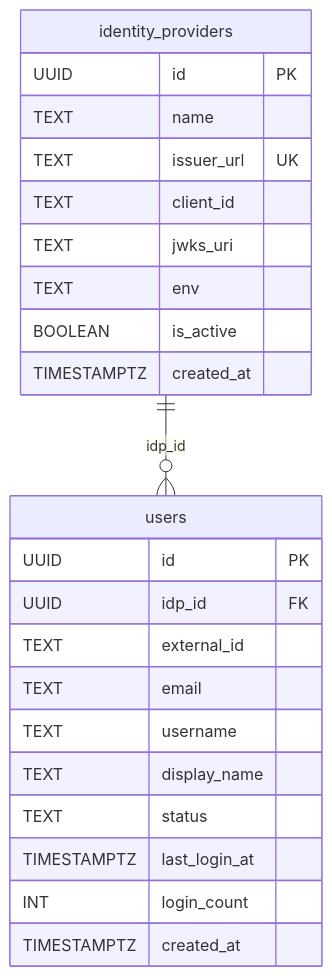
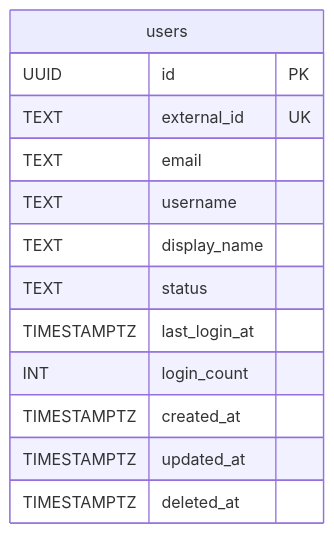
One commit to aripermana-putra/ucp-docs-collection changed the first of 4 diagrams in docs/projects/universal-control-plane-ucp/task-breakdowns/MCUCP-129-sso-authentication.md. Above: the diagram before and after it, drawn with Mermaid. The commit also changed other lines of this file, not shown here.

````diff
--- a/docs/projects/universal-control-plane-ucp/task-breakdowns/MCUCP-129-sso-authentication.md
+++ b/docs/projects/universal-control-plane-ucp/task-breakdowns/MCUCP-129-sso-authentication.md
@@ -99,26 +119,16 @@
 ```mermaid
 erDiagram
-    identity_providers {
-        UUID id PK
-        TEXT name
-        TEXT issuer_url UK
-        TEXT client_id
-        TEXT jwks_uri
-        TEXT env
-        BOOLEAN is_active
-        TIMESTAMPTZ created_at
-    }
     users {
         UUID id PK
-        UUID idp_id FK
-        TEXT external_id
+        TEXT external_id UK
         TEXT email
         TEXT username
         TEXT display_name
         TEXT status
         TIMESTAMPTZ last_login_at
         INT login_count
         TIMESTAMPTZ created_at
+        TIMESTAMPTZ updated_at
+        TIMESTAMPTZ deleted_at
     }
-    identity_providers ||--o{ users : "idp_id"
 ```
````
